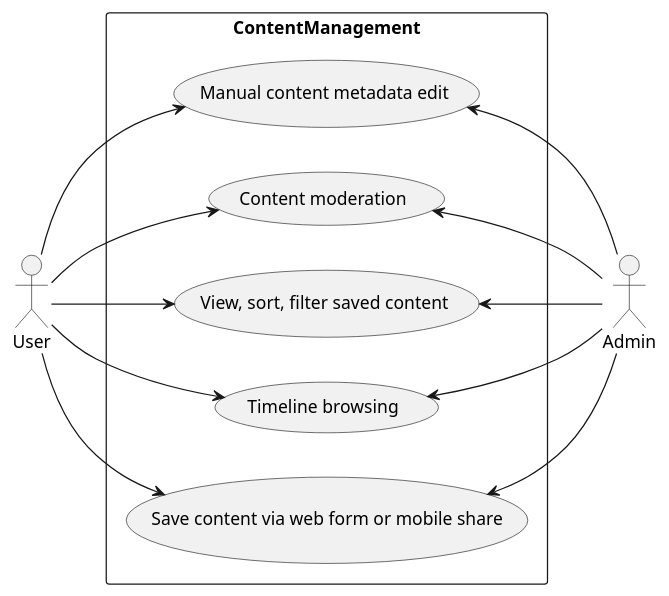
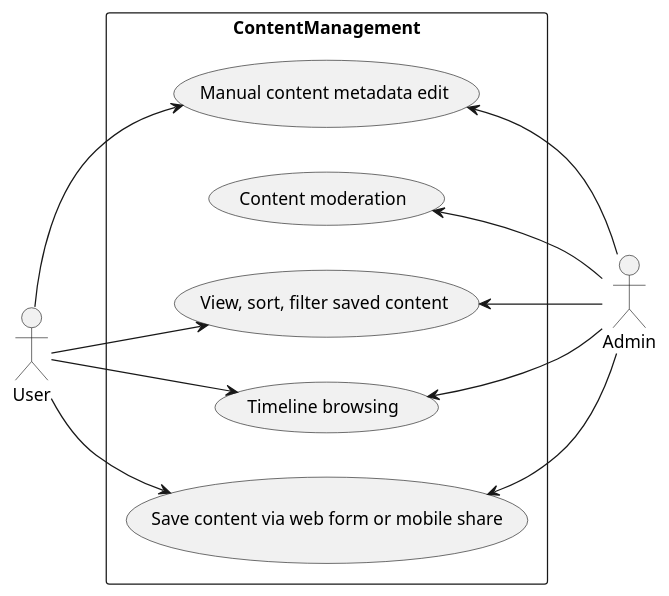
Before and after one commit to andyegli/daysave.app: the diagram in docs/diagrams/src/usecase_contentmanagement.puml, drawn with PlantUML. The commit also changed 2 other files, not shown here.

Commit message:
updated docs added diagrams

```diff
--- a/docs/diagrams/src/usecase_contentmanagement.puml
+++ b/docs/diagrams/src/usecase_contentmanagement.puml
@@ -1,29 +1,29 @@
 @startuml
 left to right direction
 actor User
 actor Admin
 rectangle ContentManagement {
   ( Manual content metadata edit )
   ( Content moderation )
   ( View, sort, filter saved content )
   ( Timeline browsing )
   ( Save content via web form or mobile share )
 
 
 
 
   User --> ( Manual content metadata edit )
   User --> ( View, sort, filter saved content )
   User --> ( Save content via web form or mobile share )
   User --> ( Timeline browsing )  
-  User --> ( Content moderation )
+  
 
 
   ( Manual content metadata edit ) <-- Admin
   ( Content moderation )<-- Admin
   ( View, sort, filter saved content ) <-- Admin
   ( Timeline browsing ) <-- Admin
   ( Save content via web form or mobile share ) <-- Admin
 
 }
 @enduml
```
